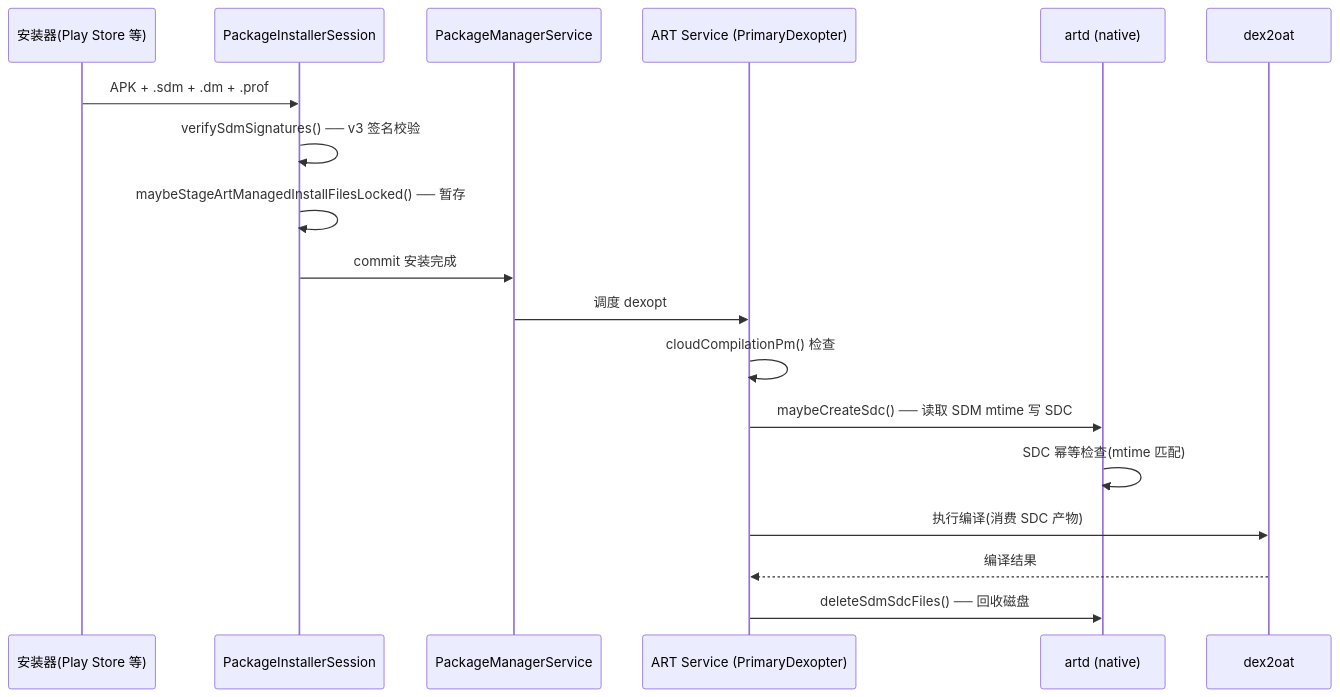
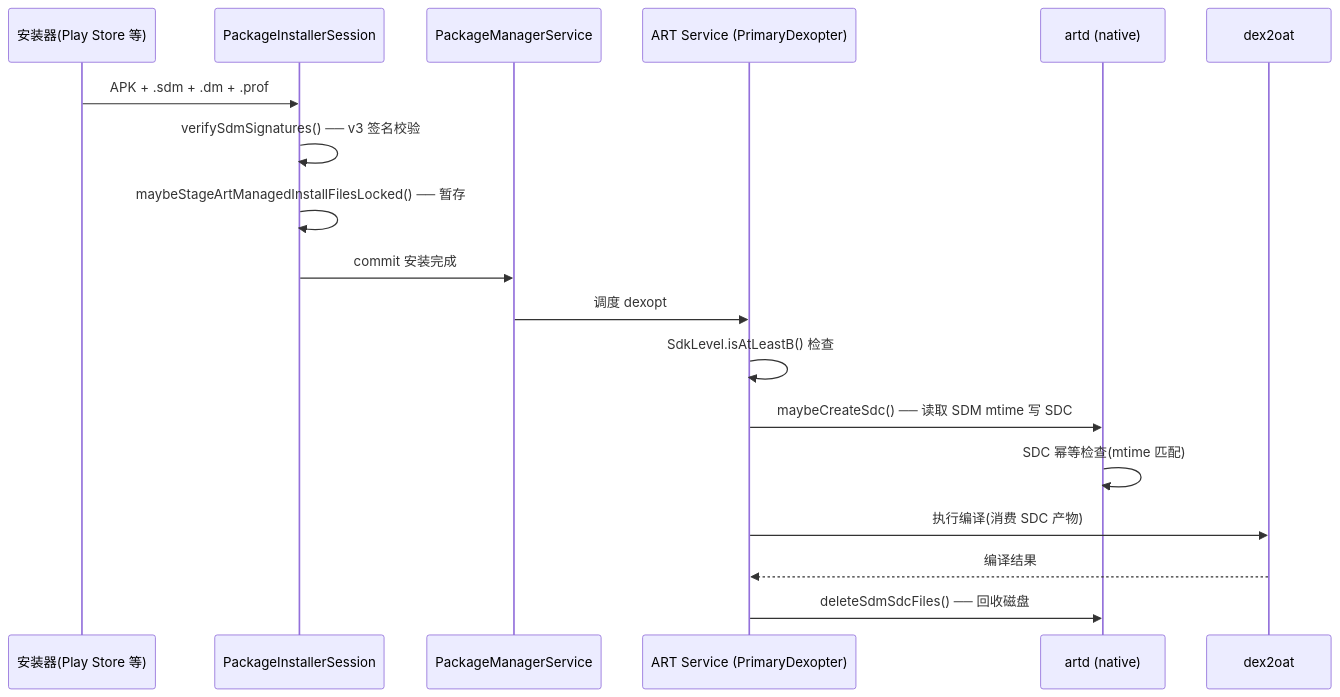
One commit to Gracker/android-internals-wiki changed the diagram in src/part4-system/ch16-aosp/09-android17-sdm-install-performance.md. Above: the diagram before and after it, drawn with Mermaid. The commit also changed other lines of this file and 3 other files, not shown here.

````diff
--- a/src/part4-system/ch16-aosp/09-android17-sdm-install-performance.md
+++ b/src/part4-system/ch16-aosp/09-android17-sdm-install-performance.md
@@ -336,21 +343,21 @@
 ```mermaid
 sequenceDiagram
     participant Installer as 安装器(Play Store 等)
     participant PIS as PackageInstallerSession
     participant PMS as PackageManagerService
     participant ART as ART Service (PrimaryDexopter)
     participant artd as artd (native)
     participant d2oat as dex2oat
 
     Installer->>PIS: APK + .sdm + .dm + .prof
     PIS->>PIS: verifySdmSignatures() ── v3 签名校验
     PIS->>PIS: maybeStageArtManagedInstallFilesLocked() ── 暂存
     PIS->>PMS: commit 安装完成
     PMS->>ART: 调度 dexopt
-    ART->>ART: cloudCompilationPm() 检查
+    ART->>ART: SdkLevel.isAtLeastB() 检查
     ART->>artd: maybeCreateSdc() ── 读取 SDM mtime 写 SDC
     artd->>artd: SDC 幂等检查(mtime 匹配)
     ART->>d2oat: 执行编译(消费 SDC 产物)
     d2oat-->>ART: 编译结果
     ART->>artd: deleteSdmSdcFiles() ── 回收磁盘
 ```
````
